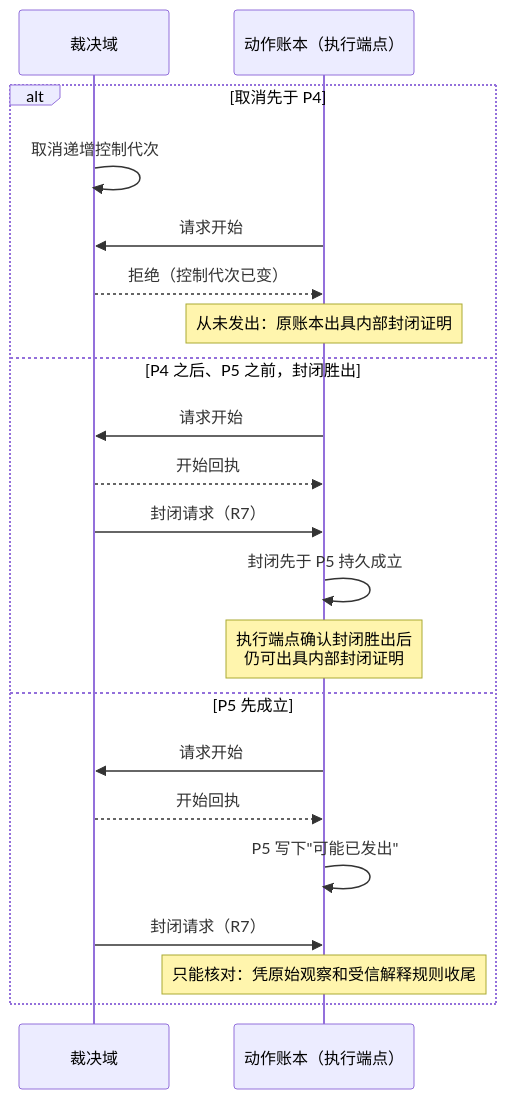
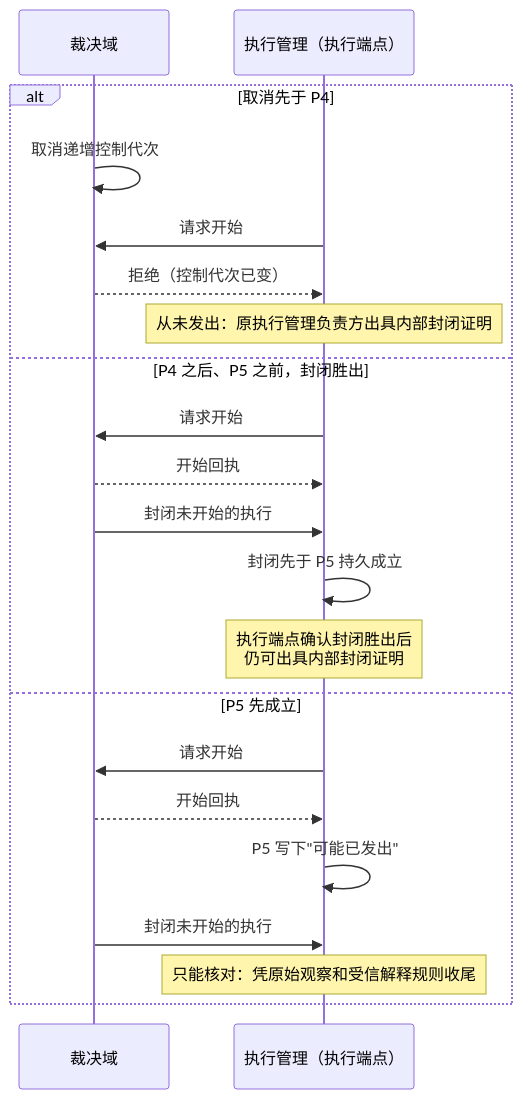
One commit to ruipengliu/lerna changed the second of 2 diagrams in docs/architecture/core/egress/README.md. Above: the diagram before and after it, drawn with Mermaid. The commit also changed other lines of this file and 48 other files, not shown here.

Commit message:
docs: clarify architecture contracts and diagrams

````diff
--- a/docs/architecture/core/egress/README.md
+++ b/docs/architecture/core/egress/README.md
@@ -140,23 +143,23 @@
 ```mermaid
 sequenceDiagram
     participant T as 裁决域
-    participant L as 动作账本（执行端点）
+    participant L as 执行管理（执行端点）
     alt 取消先于 P4
         T->>T: 取消递增控制代次
         L->>T: 请求开始
         T-->>L: 拒绝（控制代次已变）
-        Note over L: 从未发出：原账本出具内部封闭证明
+        Note over L: 从未发出：原执行管理负责方出具内部封闭证明
     else P4 之后、P5 之前，封闭胜出
         L->>T: 请求开始
         T-->>L: 开始回执
-        T->>L: 封闭请求（R7）
+        T->>L: 封闭未开始的执行
         L->>L: 封闭先于 P5 持久成立
         Note over L: 执行端点确认封闭胜出后<br/>仍可出具内部封闭证明
     else P5 先成立
         L->>T: 请求开始
         T-->>L: 开始回执
         L->>L: P5 写下"可能已发出"
-        T->>L: 封闭请求（R7）
+        T->>L: 封闭未开始的执行
         Note over L: 只能核对：凭原始观察和受信解释规则收尾
     end
 ```
````
